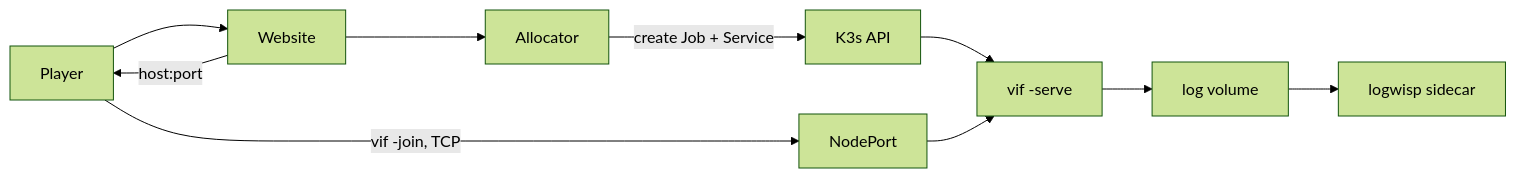
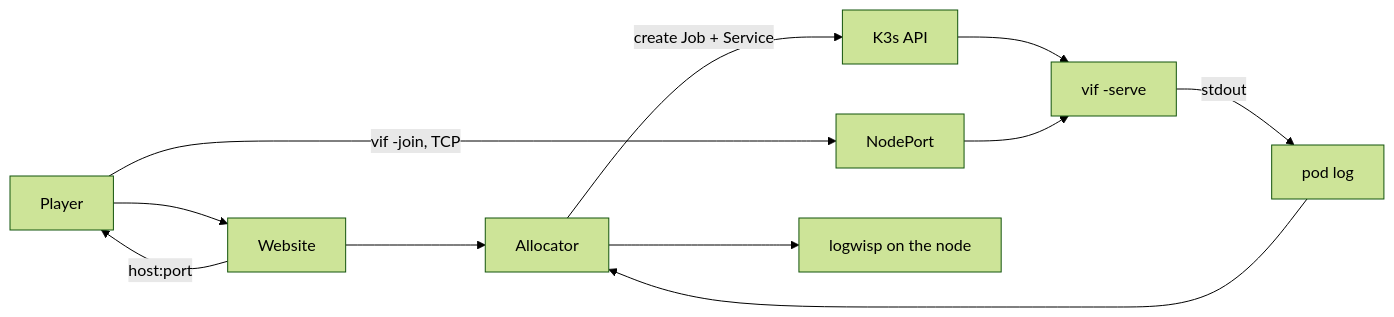
Before and after one commit to lixenwraith/vi-fighter: the diagram in doc/kubernetes-fleet.md, drawn with Mermaid (forest theme). The commit also changed other lines of this file and 7 other files, not shown here.

````diff
--- a/doc/kubernetes-fleet.md
+++ b/doc/kubernetes-fleet.md
@@ -26,10 +26,10 @@
 ```mermaid
 flowchart LR
     Player["Player"] --> Site["Website"]
     Site --> Alloc["Allocator"]
     Alloc -->|"create Job + Service"| API["K3s API"]
     API --> Pod["vif -serve"]
     Site -->|"host:port"| Player
     Player -->|"vif -join, TCP"| NP["NodePort"] --> Pod
-    Pod --> Logs["log volume"] --> Wisp["logwisp sidecar"]
+    Pod -->|"stdout"| Logs["pod log"] --> Alloc --> Wisp["logwisp on the node"]
 ```
````
